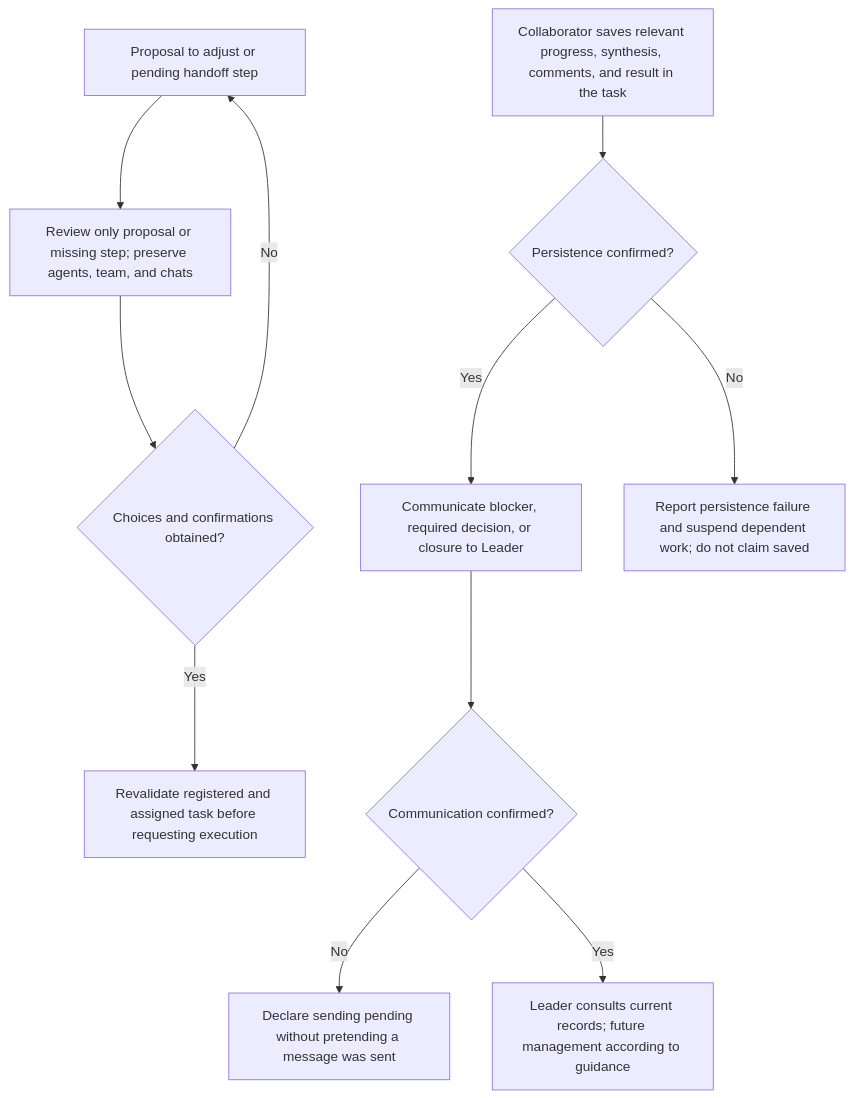
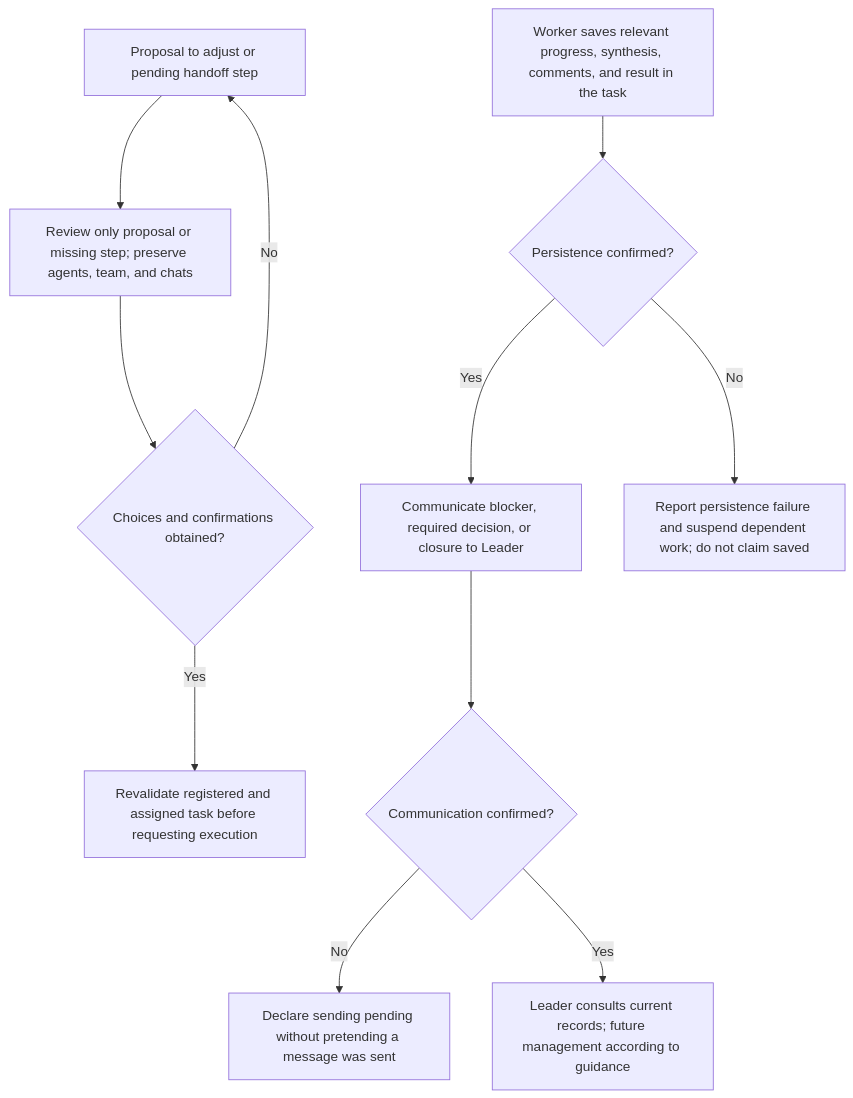
The second of 2 diagrams in resources/bee-team/references/leader-onboarding-flows.md (runvibe/beeteam), drawn with Mermaid before and after one commit. The commit also changed other lines of this file and 18 other files, not shown here.

````diff
--- a/resources/bee-team/references/leader-onboarding-flows.md
+++ b/resources/bee-team/references/leader-onboarding-flows.md
@@ -93,13 +93,13 @@
 ```mermaid
 flowchart TD
     PENDENCIA["Proposal to adjust or pending handoff step"] --> RECUPERAR["Review only proposal or missing step; preserve agents, team, and chats"]
     RECUPERAR --> CONFIRMAR{"Choices and confirmations obtained?"}
     CONFIRMAR -->|No| PENDENCIA
     CONFIRMAR -->|Yes| CONTINUAR["Revalidate registered and assigned task before requesting execution"]
-    RESULTADO["Collaborator saves relevant progress, synthesis, comments, and result in the task"] --> SALVO{"Persistence confirmed?"}
+    RESULTADO["Worker saves relevant progress, synthesis, comments, and result in the task"] --> SALVO{"Persistence confirmed?"}
     SALVO -->|Yes| AVISO["Communicate blocker, required decision, or closure to Leader"]
     SALVO -->|No| FALHA["Report persistence failure and suspend dependent work; do not claim saved"]
     AVISO --> CANAL{"Communication confirmed?"}
     CANAL -->|No| SEMCANAL["Declare sending pending without pretending a message was sent"]
     CANAL -->|Yes| LEITURA["Leader consults current records; future management according to guidance"]
 ```
````
